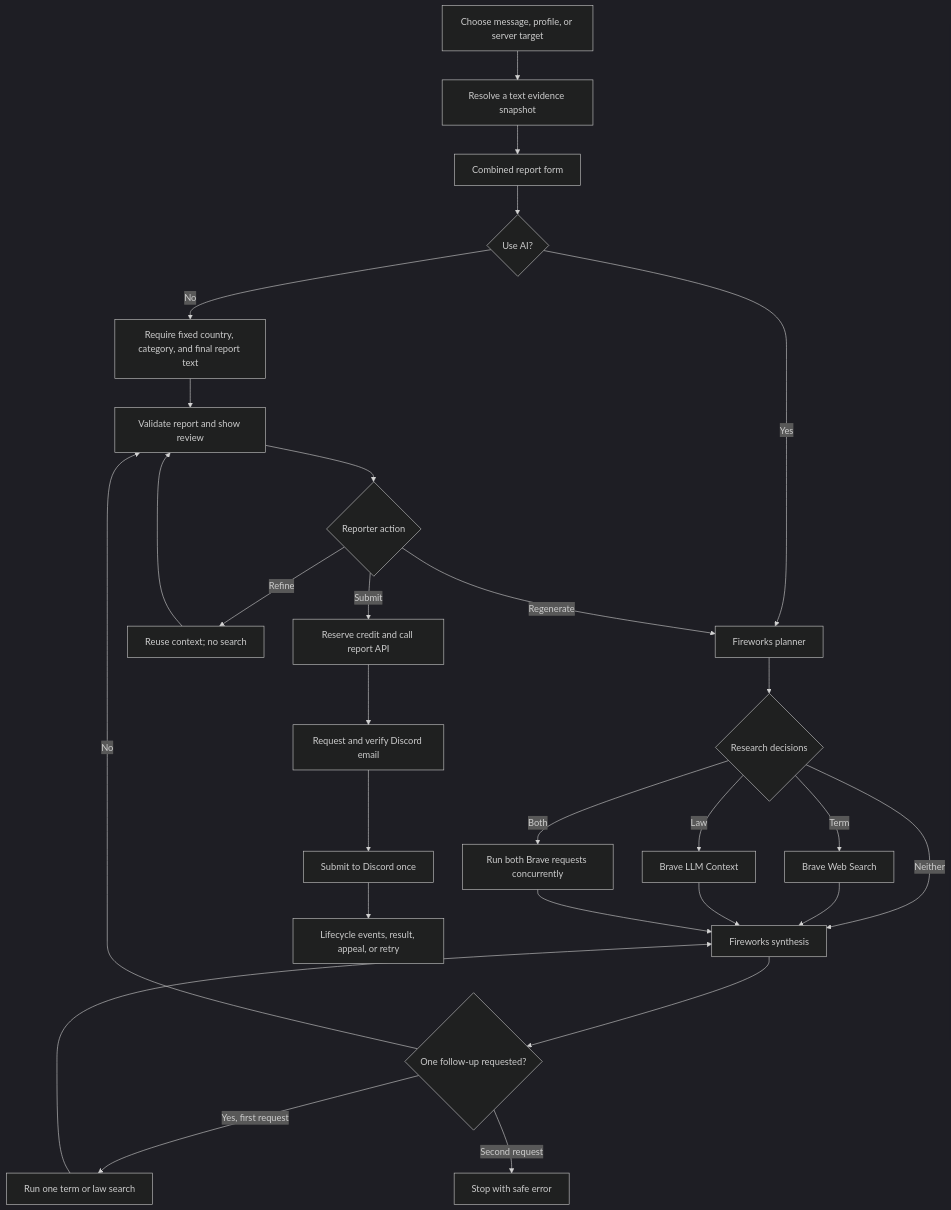
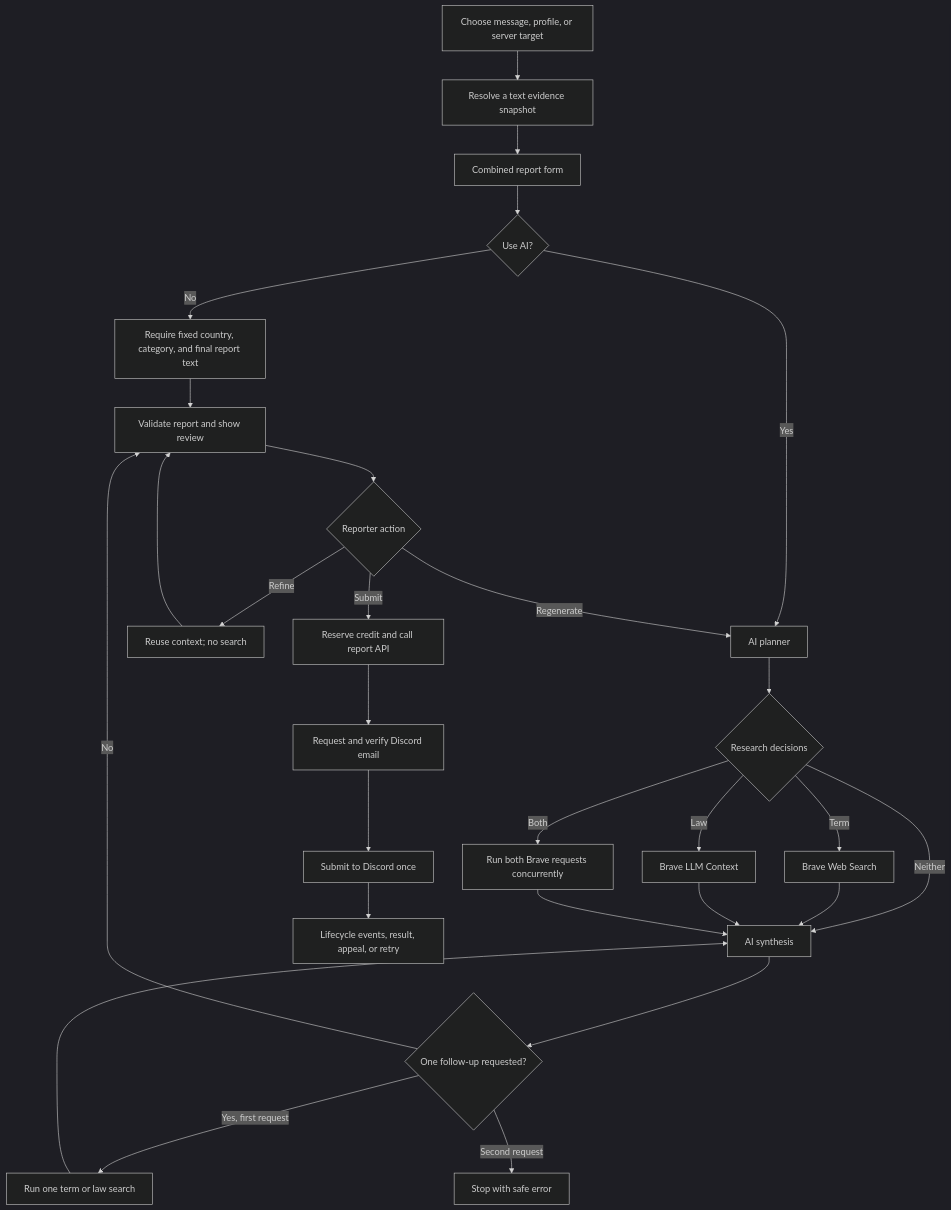
Before and after one commit to owen2193213/nreport: the diagram in docs/AI_REPORTING_FLOW.md, drawn with Mermaid (dark theme). The commit also changed other lines of this file and 16 other files, not shown here.

````diff
--- a/docs/AI_REPORTING_FLOW.md
+++ b/docs/AI_REPORTING_FLOW.md
@@ -11,30 +11,30 @@
 ```mermaid
 flowchart TD
     A[Choose message, profile, or server target] --> B[Resolve a text evidence snapshot]
     B --> C[Combined report form]
     C --> D{Use AI?}
     D -- No --> E[Require fixed country, category, and final report text]
-    D -- Yes --> F[Fireworks planner]
+    D -- Yes --> F[AI planner]
     F --> G{Research decisions}
-    G -->|Neither| H[Fireworks synthesis]
+    G -->|Neither| H[AI synthesis]
     G -->|Term| I[Brave Web Search]
     G -->|Law| J[Brave LLM Context]
     G -->|Both| K[Run both Brave requests concurrently]
     I --> H
     J --> H
     K --> H
     H --> L{One follow-up requested?}
     L -->|Yes, first request| M[Run one term or law search]
     M --> H
     L -->|No| N[Validate report and show review]
     L -->|Second request| X[Stop with safe error]
     E --> N
     N --> O{Reporter action}
     O -->|Refine| P[Reuse context; no search]
     P --> N
     O -->|Regenerate| F
     O -->|Submit| Q[Reserve credit and call report API]
     Q --> R[Request and verify Discord email]
     R --> S[Submit to Discord once]
     S --> T[Lifecycle events, result, appeal, or retry]
 ```
````
